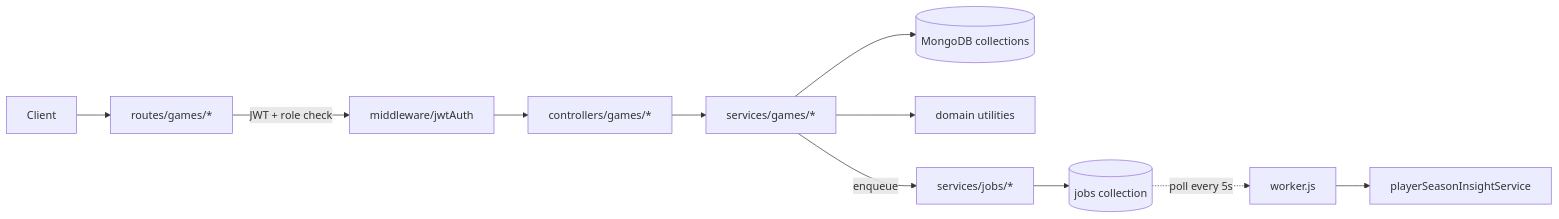
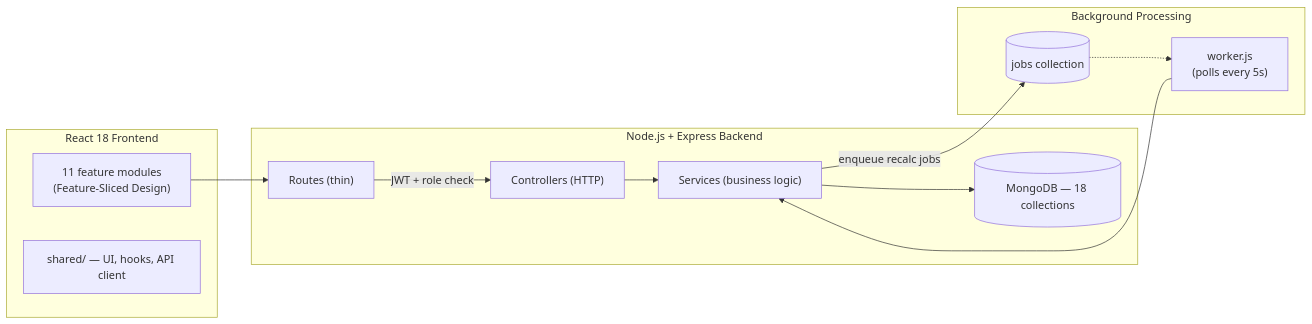
The diagram in README.md (tals24/squad-up-showcase), drawn with Mermaid before and after one commit. The commit also changed other lines of this file, not shown here.

Commit message:
docs: expand README with full feature table and platform-level architecture diagram

````diff
--- a/README.md
+++ b/README.md
@@ -70,13 +88,27 @@
 ```mermaid
 flowchart LR
-  Client --> Routes["routes/games/*"]
-  Routes -->|"JWT + role check"| Auth["middleware/jwtAuth"]
-  Auth --> Controllers["controllers/games/*"]
-  Controllers --> Services["services/games/*"]
-  Services --> Models[("MongoDB collections")]
-  Services --> Utils["domain utilities"]
-  Services -->|"enqueue"| Jobs["services/jobs/*"]
-  Jobs --> JobsCol[("jobs collection")]
-  JobsCol -.poll every 5s.-> Worker["worker.js"]
-  Worker --> PlayerInsights["playerSeasonInsightService"]
+  subgraph frontend [React 18 Frontend]
+    FSD["11 feature modules\n(Feature-Sliced Design)"]
+    Shared["shared/ — UI, hooks, API client"]
+  end
+
+  subgraph backend [Node.js + Express Backend]
+    Routes["Routes (thin)"]
+    Controllers["Controllers (HTTP)"]
+    Services["Services (business logic)"]
+    Models[("MongoDB — 18 collections")]
+  end
+
+  subgraph async [Background Processing]
+    Jobs[("jobs collection")]
+    Worker["worker.js\n(polls every 5s)"]
+  end
+
+  FSD --> Routes
+  Routes -->|"JWT + role check"| Controllers
+  Controllers --> Services
+  Services --> Models
+  Services -->|"enqueue recalc jobs"| Jobs
+  Jobs -.-> Worker
+  Worker --> Services
 ```
````
